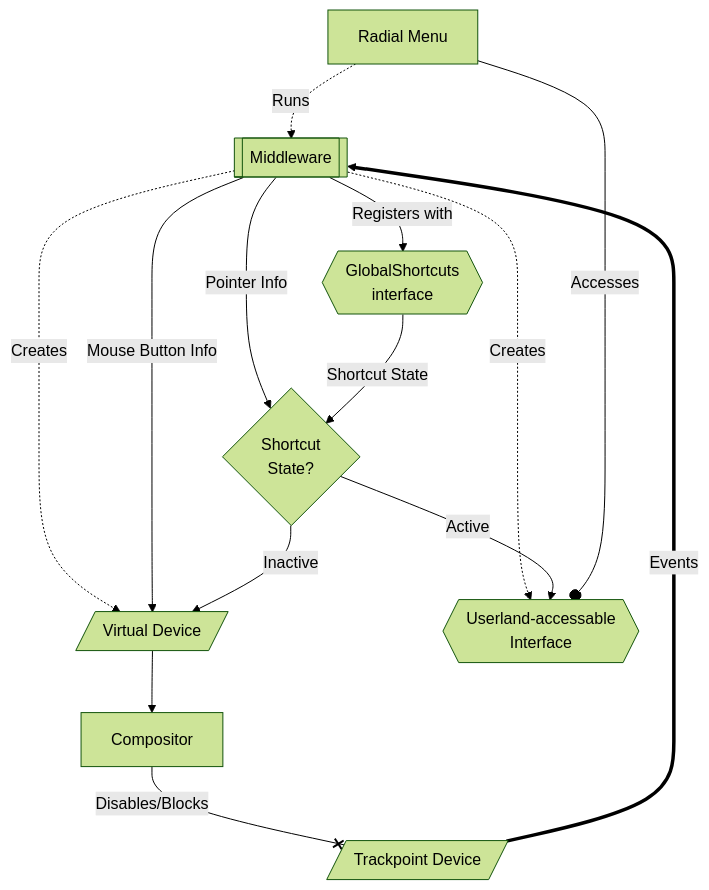
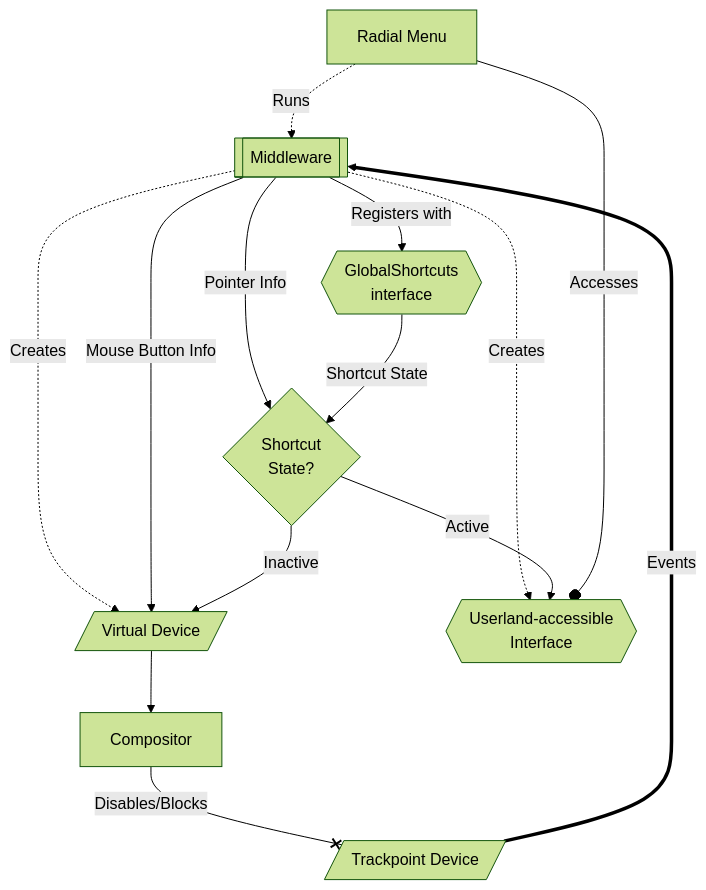
The second of 2 diagrams in README.md (NinjacksonXV/trackpoint-radial-menu), drawn with Mermaid (forest theme) before and after one commit. The commit also changed other lines of this file, not shown here.

````diff
--- a/README.md
+++ b/README.md
@@ -30,22 +30,22 @@
 ```mermaid
 flowchart TD;
 	mm[[Middleware]];
 	tp[/Trackpoint Device/];
 	gs{{GlobalShortcuts<br>interface}}
 	sc{Shortcut<br>State?}
 	vd[/Virtual Device/];
 	app[Radial Menu];
-	if{{Userland-accessable<br>Interface}}
+	if{{Userland-accessible<br>Interface}}
 	
 	mm -- Registers with --> gs
 	tp ==Events==> mm 
 	mm -. Creates .-> vd
 	mm -- Mouse Button Info --> vd --> Compositor --Disables/Blocks--x tp
 	app -. Runs .-> mm
 	mm -. Creates .-> if
 	mm -- Pointer Info --> sc 
 	gs -- Shortcut State --> sc
 	sc -- Active --> if
 	sc -- Inactive --> vd
 	app -- Accesses --o if
 ```
````
